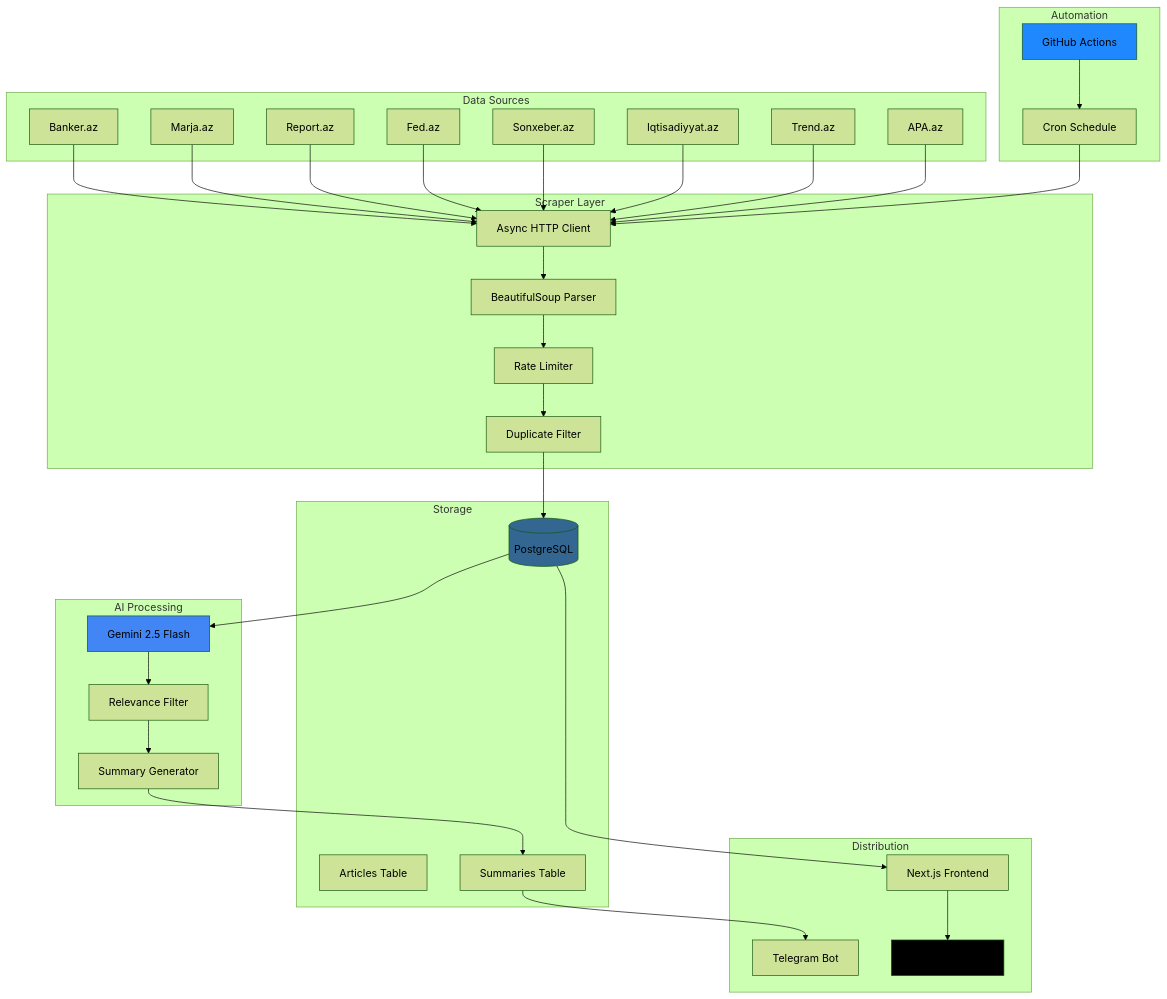
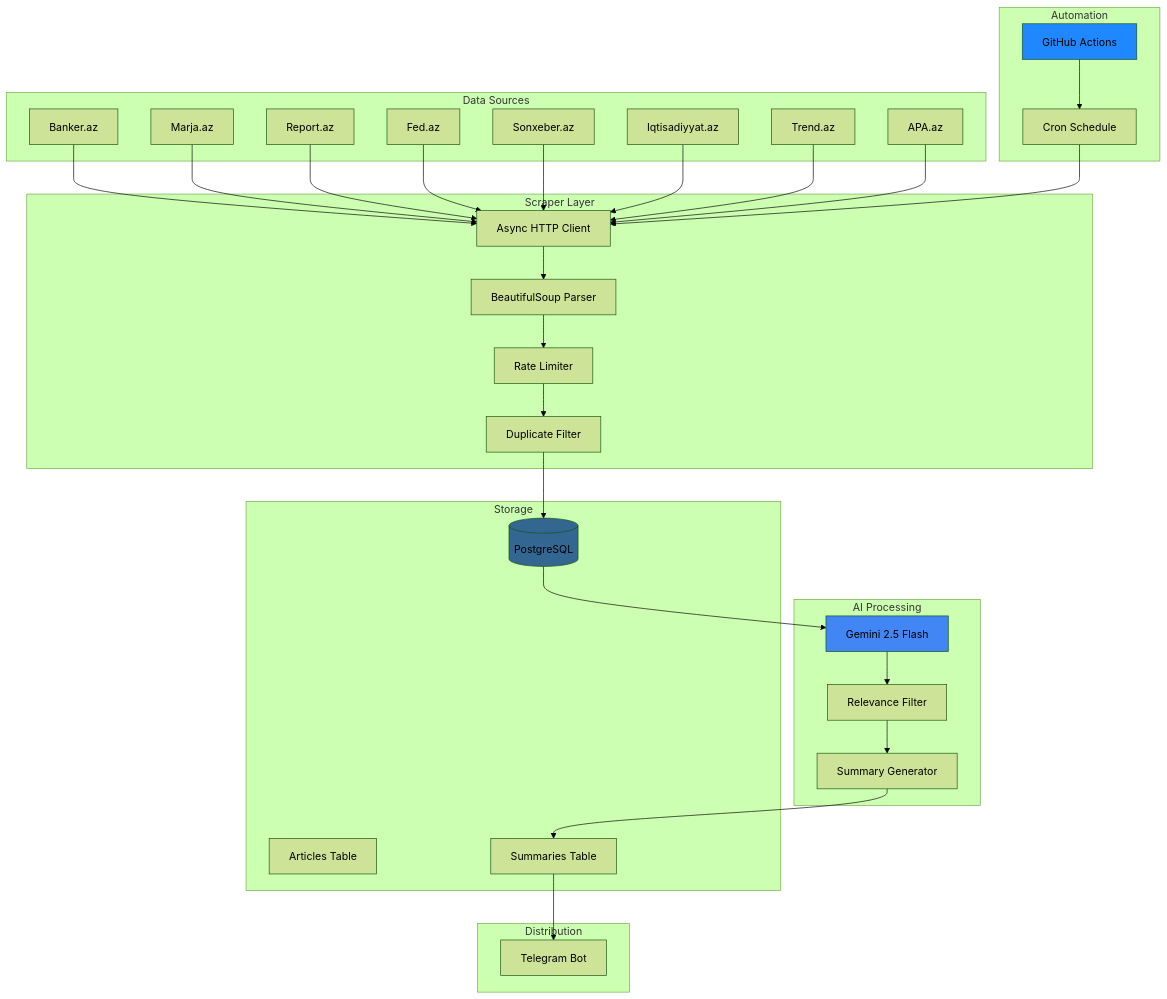
Before and after one commit to GameHelix/cut_the_rope: the first of 5 diagrams in README.md, drawn with Mermaid (forest theme). The commit also changed other lines of this file and 28 other files, not shown here.

````diff
--- a/README.md
+++ b/README.md
@@ -79,63 +77,58 @@
 ```mermaid
 graph TB
     subgraph "Data Sources"
         A1[Banker.az]
         A2[Marja.az]
         A3[Report.az]
         A4[Fed.az]
         A5[Sonxeber.az]
         A6[Iqtisadiyyat.az]
         A7[Trend.az]
         A8[APA.az]
     end
 
     subgraph "Scraper Layer"
         B1[Async HTTP Client]
         B2[BeautifulSoup Parser]
         B3[Rate Limiter]
         B4[Duplicate Filter]
     end
 
     subgraph "AI Processing"
         C1[Gemini 2.5 Flash]
         C2[Relevance Filter]
         C3[Summary Generator]
     end
 
     subgraph "Storage"
         D1[(PostgreSQL)]
         D2[Articles Table]
         D3[Summaries Table]
     end
 
     subgraph "Distribution"
         E1[Telegram Bot]
-        E2[Next.js Frontend]
-        E3[Vercel Hosting]
     end
 
     subgraph "Automation"
         F1[GitHub Actions]
         F2[Cron Schedule]
     end
 
     A1 & A2 & A3 & A4 & A5 & A6 & A7 & A8 --> B1
     B1 --> B2
     B2 --> B3
     B3 --> B4
     B4 --> D1
     D1 --> C1
     C1 --> C2
     C2 --> C3
     C3 --> D3
     D3 --> E1
-    D1 --> E2
-    E2 --> E3
     F1 --> F2
     F2 --> B1
 
     style C1 fill:#4285f4
     style D1 fill:#336791
-    style E3 fill:#000000
     style F1 fill:#2088ff
 ```
````
